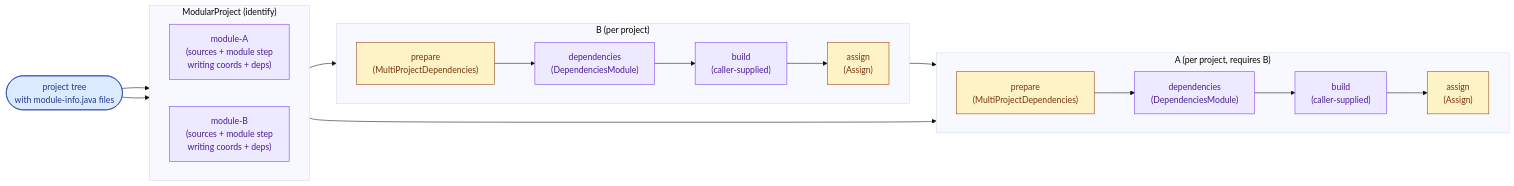
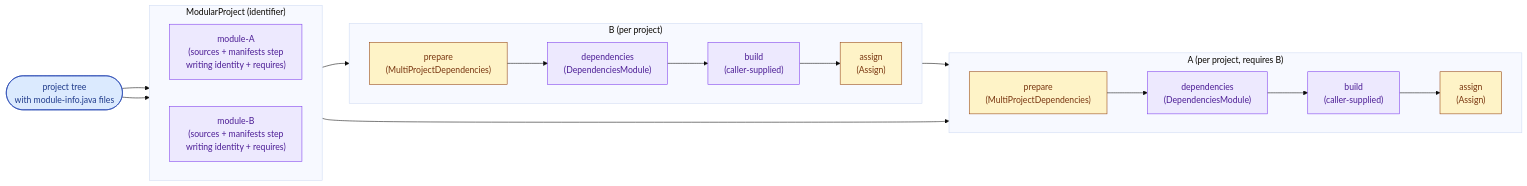
The fifth of 5 diagrams in README.md (raphw/jenesis), drawn with Mermaid (base theme) before and after one commit. The commit also changed other lines of this file, not shown here.

````diff
--- a/README.md
+++ b/README.md
@@ -297,33 +310,33 @@
 ```mermaid
 flowchart LR
   classDef input fill:#dbeafe,stroke:#1e40af,color:#1e3a8a;
   classDef step fill:#fef3c7,stroke:#92400e,color:#78350f;
   classDef module fill:#ede9fe,stroke:#7c3aed,color:#4c1d95;
   tree(["project tree<br/>with module-info.java files"]):::input
-  subgraph "ModularProject (identify)"
+  subgraph "ModularProject (identifier)"
     direction LR
-    idA["module-A<br/>(sources + module step<br/>writing coords + deps)"]:::module
-    idB["module-B<br/>(sources + module step<br/>writing coords + deps)"]:::module
+    idA["module-A<br/>(sources + manifests step<br/>writing identity + requires)"]:::module
+    idB["module-B<br/>(sources + manifests step<br/>writing identity + requires)"]:::module
   end
   subgraph "B (per project)"
     direction LR
     pBprep["prepare<br/>(MultiProjectDependencies)"]:::step
     pBdeps["dependencies<br/>(DependenciesModule)"]:::module
     pBbuild["build<br/>(caller-supplied)"]:::module
     pBassn["assign<br/>(Assign)"]:::step
     pBprep --> pBdeps --> pBbuild --> pBassn
   end
   subgraph "A (per project, requires B)"
     direction LR
     pAprep["prepare<br/>(MultiProjectDependencies)"]:::step
     pAdeps["dependencies<br/>(DependenciesModule)"]:::module
     pAbuild["build<br/>(caller-supplied)"]:::module
     pAassn["assign<br/>(Assign)"]:::step
     pAprep --> pAdeps --> pAbuild --> pAassn
   end
   tree --> idA
   tree --> idB
   idA --> pAprep
   idB --> pBprep
   pBassn --> pAprep
 ```
````
